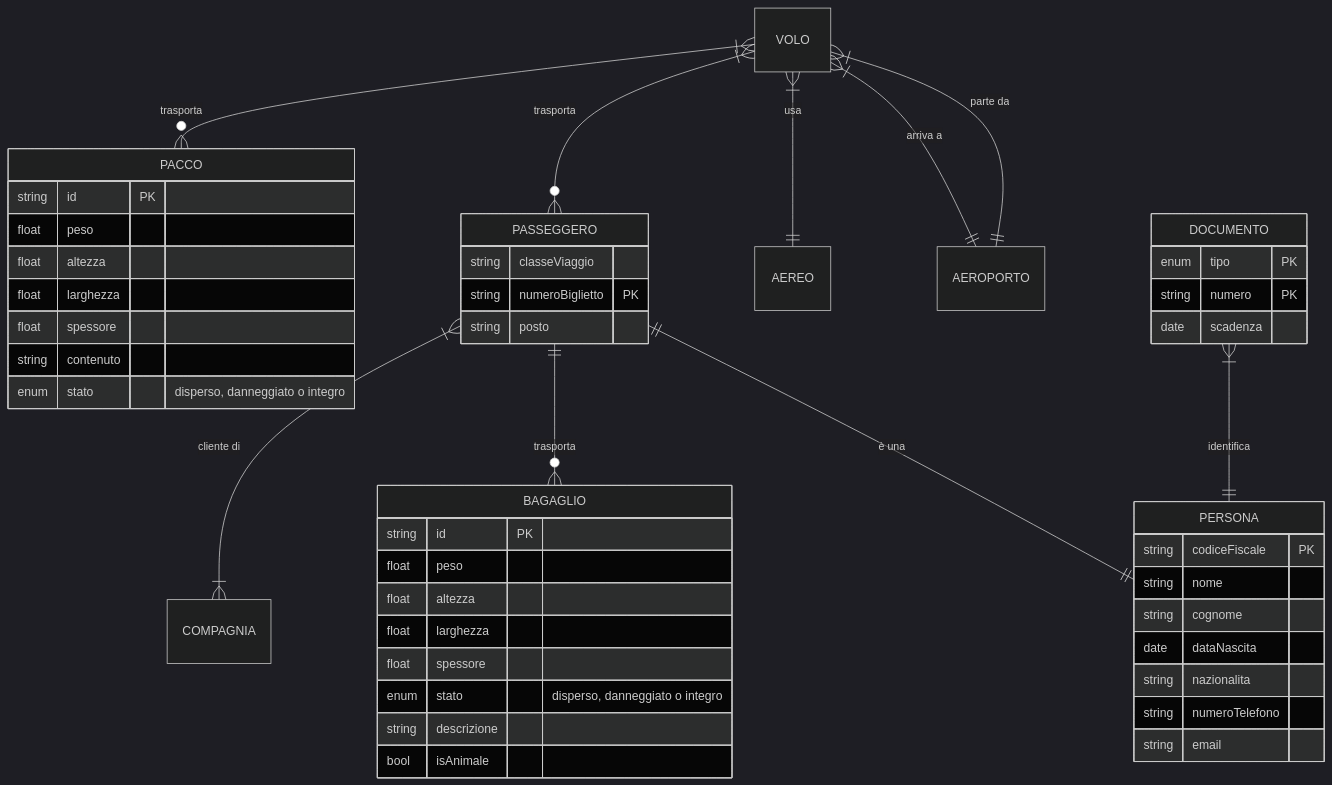
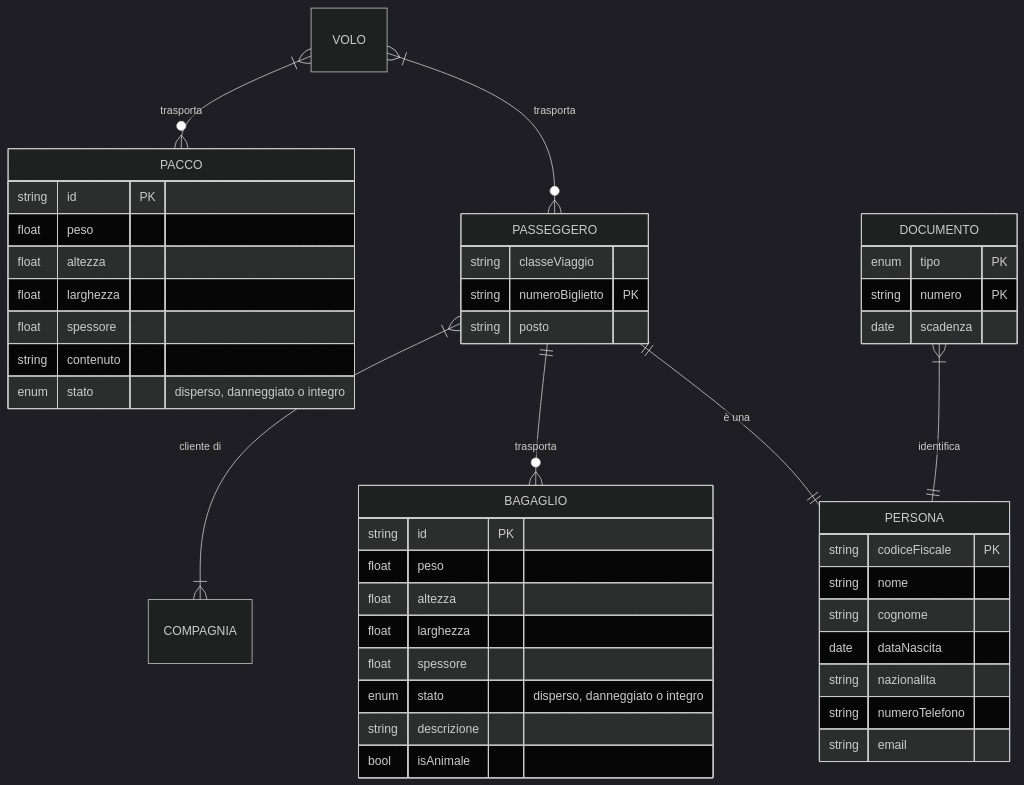
One commit to Diebbo/aereodb changed the third of 6 diagrams in RELAZIONE.md. Above: the diagram before and after it, drawn with Mermaid (dark theme).

Commit message:
afcwrverv

````diff
--- a/RELAZIONE.md
+++ b/RELAZIONE.md
@@ -261,53 +261,50 @@
 ```mermaid
 erDiagram
-    VOLO }|--|| AEROPORTO: "parte da"
-    VOLO }|--|| AEROPORTO: "arriva a"
-    VOLO }|--|| AEREO: "usa"
     VOLO }|--o{ PASSEGGERO: "trasporta"
     VOLO }|--o{ PACCO: "trasporta"
 
     PASSEGGERO ||--|| PERSONA: "è una"
     PASSEGGERO ||--o{ BAGAGLIO: "trasporta"
     PASSEGGERO }|--|{ COMPAGNIA: "cliente di"
 
     DOCUMENTO }|--|| PERSONA: "identifica"
 
     PACCO {
         string id PK
         float peso
         float altezza
         float larghezza
         float spessore
         string contenuto
         enum stato "disperso, danneggiato o integro"
     }
     PERSONA {
         string codiceFiscale PK
         string nome
         string cognome
         date dataNascita
         string nazionalita
         string numeroTelefono
         string email
     }
     PASSEGGERO {
         string classeViaggio
         string numeroBiglietto PK
         string posto
     }
     BAGAGLIO {
         string id PK
         float peso
         float altezza
         float larghezza
         float spessore
         enum stato "disperso, danneggiato o integro"
         string descrizione
         bool isAnimale
     }
     DOCUMENTO {
         enum tipo PK
         string numero PK
         date scadenza
     }
 ```
````
